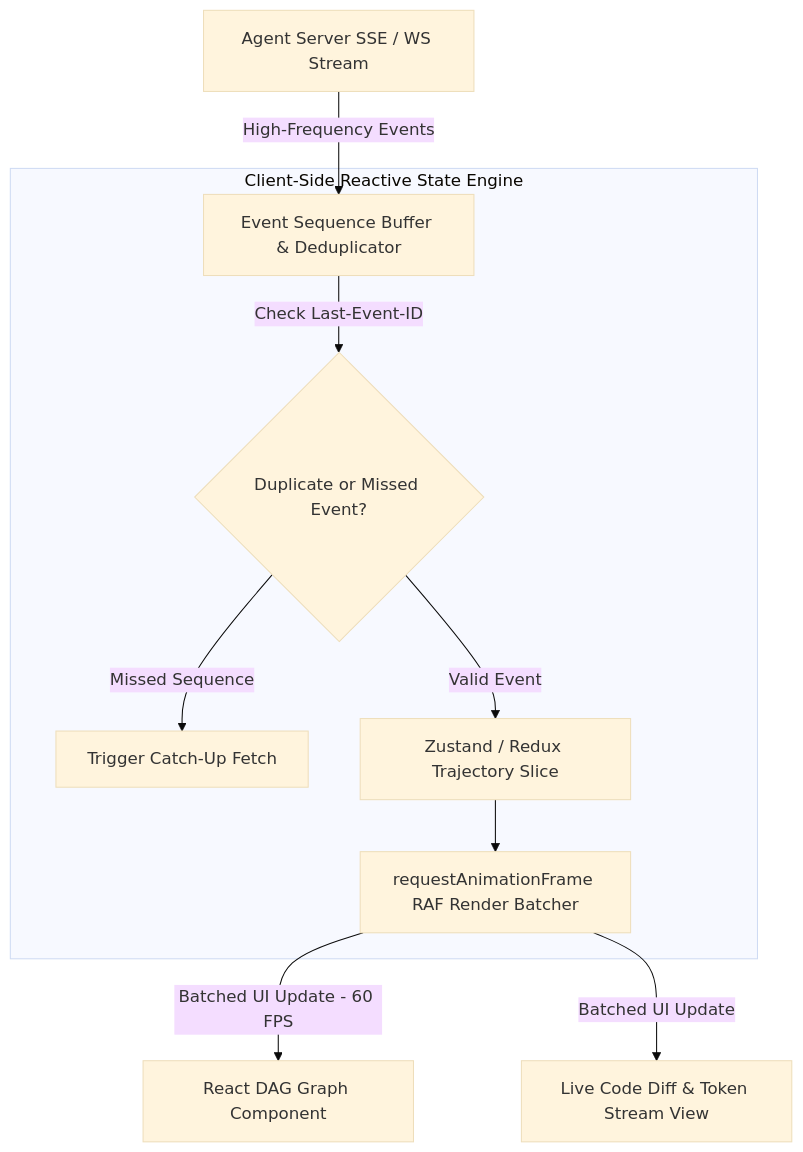
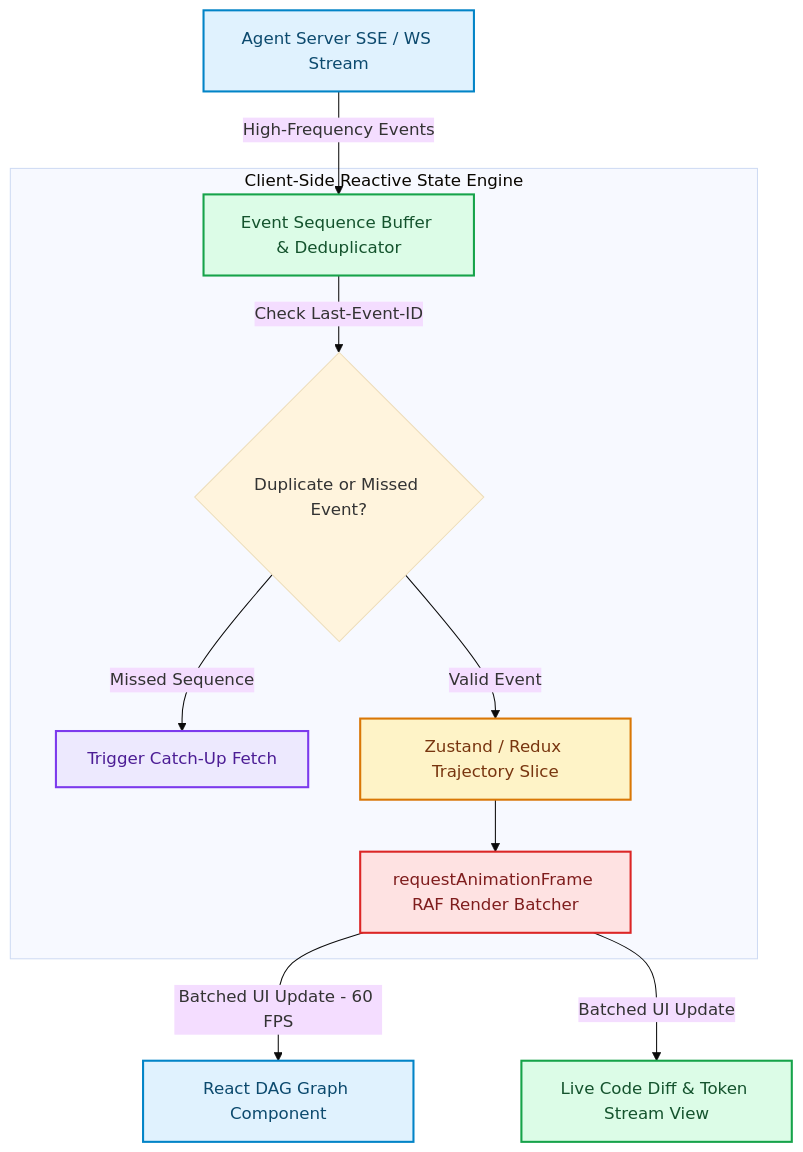
One commit to akmalkhaniub/akmalkhaniub.github.io changed the diagram in blog/posts/subagent-trajectory-streaming-reactive-ui-state-management.md. Above: the diagram before and after it, drawn with Mermaid (base theme). The commit also changed other lines of this file and 1291 other files, not shown here.

First line of the commit message:
feat(catalog): unique covers, scholarly references, and diagram palettes

````diff
--- a/blog/posts/subagent-trajectory-streaming-reactive-ui-state-management.md
+++ b/blog/posts/subagent-trajectory-streaming-reactive-ui-state-management.md
@@ -17,14 +17,25 @@
 ```mermaid
 flowchart TD
-  A[Agent Server SSE / WS Stream] -->|High-Frequency Events| B[Event Sequence Buffer & Deduplicator]
+  A["Agent Server SSE / WS Stream"] -->|High-Frequency Events| B["Event Sequence Buffer & Deduplicator"]
   
   subgraph SG1_ClientSideReactive ["Client-Side Reactive State Engine"]
     B -->|Check Last-Event-ID| C{Duplicate or Missed Event?}
-    C -->|Missed Sequence| D[Trigger Catch-Up Fetch]
-    C -->|Valid Event| E[Zustand / Redux Trajectory Slice]
-    E --> F[requestAnimationFrame RAF Render Batcher]
+    C -->|Missed Sequence| D["Trigger Catch-Up Fetch"]
+    C -->|Valid Event| E["Zustand / Redux Trajectory Slice"]
+    E --> F["requestAnimationFrame RAF Render Batcher"]
   end
   
-  F -->|Batched UI Update - 60 FPS| G[React DAG Graph Component]
-  F -->|Batched UI Update| H[Live Code Diff & Token Stream View]
+  F -->|Batched UI Update - 60 FPS| G["React DAG Graph Component"]
+  F -->|Batched UI Update| H["Live Code Diff & Token Stream View"]
+
+classDef green fill:#dcfce7,stroke:#16a34a,stroke-width:2px,color:#14532d;
+classDef red fill:#fee2e2,stroke:#dc2626,stroke-width:2px,color:#7f1d1d;
+classDef blue fill:#e0f2fe,stroke:#0284c7,stroke-width:2px,color:#0c4a6e;
+classDef yellow fill:#fef3c7,stroke:#d97706,stroke-width:2px,color:#78350f;
+classDef purple fill:#ede9fe,stroke:#7c3aed,stroke-width:2px,color:#4c1d95;
+class A,G blue
+class B,H green
+class D purple
+class E yellow
+class F red
 ```
````
